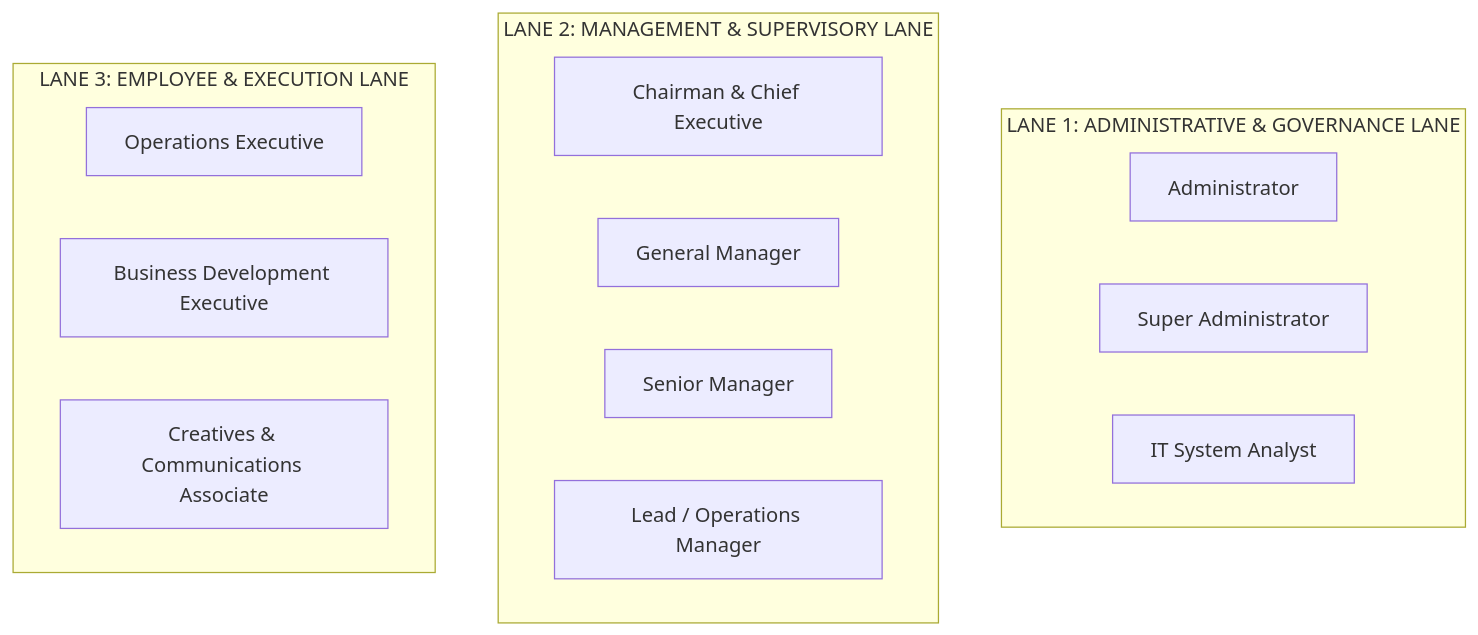
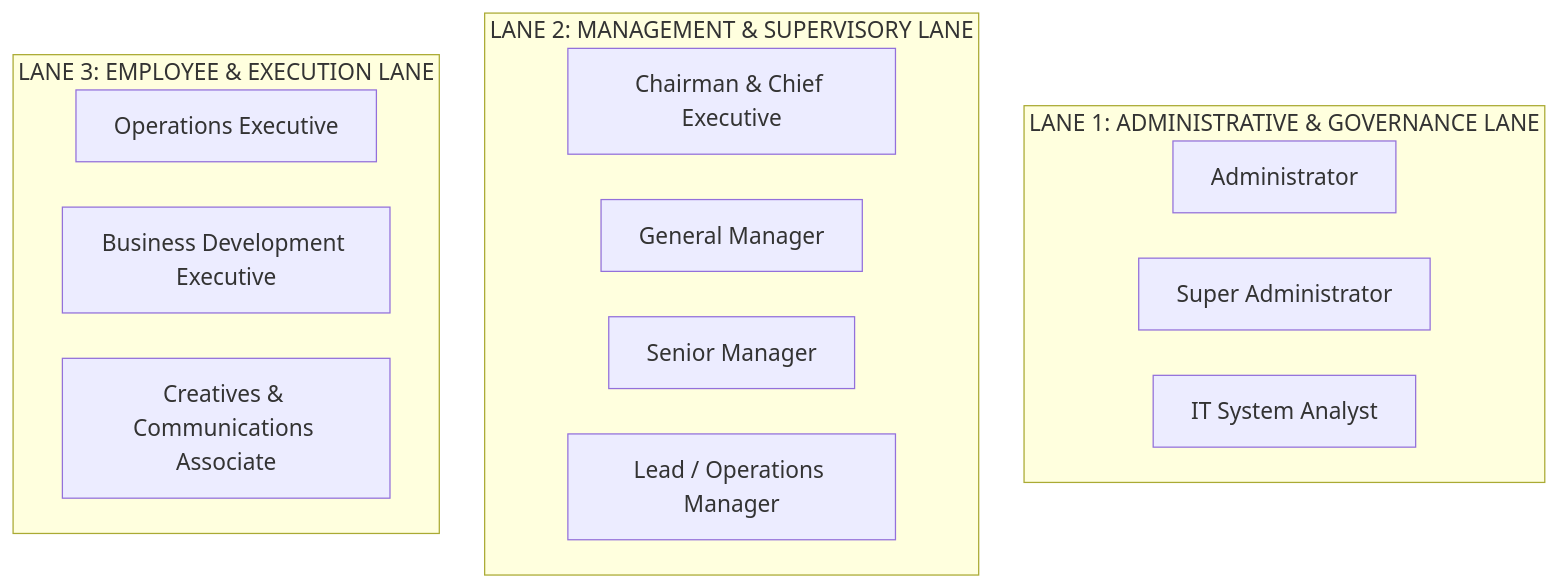
One commit to manikanta-ciril/internal-operations-tracking-system changed the second of 10 diagrams in iots-app/documentation/ai-data/codex-design/detailed_documentation_gem.md. Above: the diagram before and after it, drawn with Mermaid. The commit also changed other lines of this file and 1 other file, not shown here.

````diff
--- a/iots-app/documentation/ai-data/codex-design/detailed_documentation_gem.md
+++ b/iots-app/documentation/ai-data/codex-design/detailed_documentation_gem.md
@@ -110,21 +113,22 @@
 ```mermaid
-graph TD
+%%{init: {"themeVariables": {"fontSize": "18px"}, "flowchart": {"nodeSpacing": 36, "rankSpacing": 45}}}%%
+flowchart TD
     subgraph Lane1["LANE 1: ADMINISTRATIVE & GOVERNANCE LANE"]
-        R1[Administrator]
-        R2[Super Administrator]
-        R3[IT System Analyst]
+        R1["Administrator"]
+        R2["Super Administrator"]
+        R3["IT System Analyst"]
     end
     
     subgraph Lane2["LANE 2: MANAGEMENT & SUPERVISORY LANE"]
-        R4[Chairman & Chief Executive]
-        R5[General Manager]
-        R6[Senior Manager]
-        R7[Lead / Operations Manager]
+        R4["Chairman & Chief Executive"]
+        R5["General Manager"]
+        R6["Senior Manager"]
+        R7["Lead / Operations Manager"]
     end
     
     subgraph Lane3["LANE 3: EMPLOYEE & EXECUTION LANE"]
-        R8[Operations Executive]
-        R9[Business Development Executive]
-        R10[Creatives & Communications Associate]
+        R8["Operations Executive"]
+        R9["Business Development Executive"]
+        R10["Creatives & Communications Associate"]
     end
 ```
````
